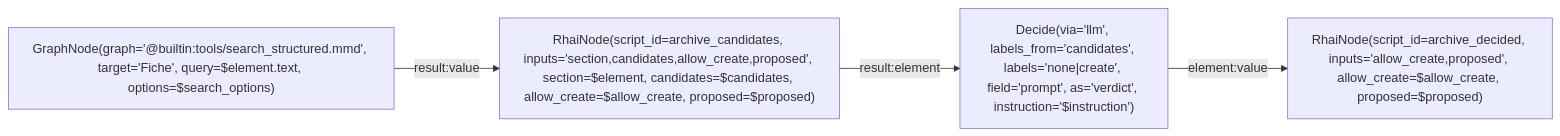
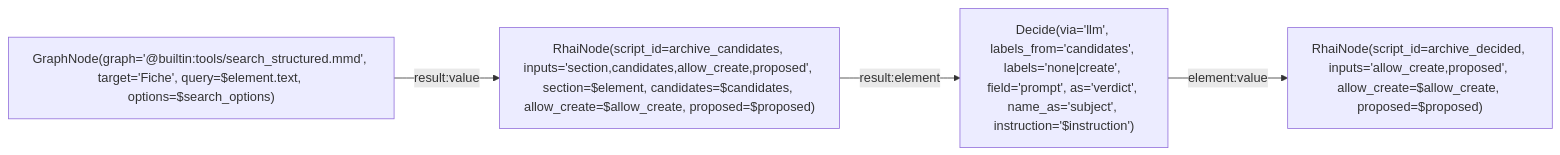
The diagram in extension/rag3weaver/templates/backends/memory/graphs/archive_decide.mmd (L-Defraiteur/rag3db), drawn with Mermaid before and after one commit. The commit also changed 7 other files, not shown here.

Commit message:
fix(mémoire): une fiche créée par l'archiviste porte le nom du sujet que le modèle donne (Decide name_as)

```diff
--- a/extension/rag3weaver/templates/backends/memory/graphs/archive_decide.mmd
+++ b/extension/rag3weaver/templates/backends/memory/graphs/archive_decide.mmd
@@ -1,19 +1,19 @@
 %% tool: archive_decide
 %% description: Une section (l'élément) : les fiches candidates par la recherche, puis la décision fermée du modèle (une candidate, none, create), rendue comme l'élément des écritures (kind, fiche, records, liens, provenance). Appelé une fois par section par le ForEachNode de archive.
 %% Les étiquettes candidate_N sont résolues par archive_decided vers les noms exacts ; les noms et descriptions restent dans le prompt.
 %% param: element json! -- La section : {title, level, text, anchor, index, chemin, titre, origine}.
 %% param: candidates int = 5 -- Fiches candidates gardées.
 %% param: allow_create bool = false -- create permis (éteint par défaut, comme archive).
 %% param: instruction string! -- Ce que l'étiquette veut dire, pour le modèle ; sans apostrophe droite (substituée entre apostrophes dans la configuration du Decide ; la typographique ’ passe).
 %% param: search_options json! -- Les options de la recherche de candidates (limit…).
 %% param: proposed json = [] -- Les fiches proposées par les sections précédentes du même document ({name, about, state, via}), portées par le ForEachNode d'archive (carry) : elles ne sont pas encore cherchables, la transaction de l'outil ne les a pas validées.
 %% result: decided.result
 
 graph LR
     recall["GraphNode(graph='@builtin:tools/search_structured.mmd', target='Fiche', query=$element.text, options=$search_options)"]
     prepare["RhaiNode(script_id=archive_candidates, inputs='section,candidates,allow_create,proposed', section=$element, candidates=$candidates, allow_create=$allow_create, proposed=$proposed)"]
-    decide["Decide(via='llm', labels_from='candidates', labels='none|create', field='prompt', as='verdict', instruction='$instruction')"]
+    decide["Decide(via='llm', labels_from='candidates', labels='none|create', field='prompt', as='verdict', name_as='subject', instruction='$instruction')"]
     decided["RhaiNode(script_id=archive_decided, inputs='allow_create,proposed', allow_create=$allow_create, proposed=$proposed)"]
     recall -->|result:value| prepare
     prepare -->|result:element| decide
     decide -->|element:value| decided
```
